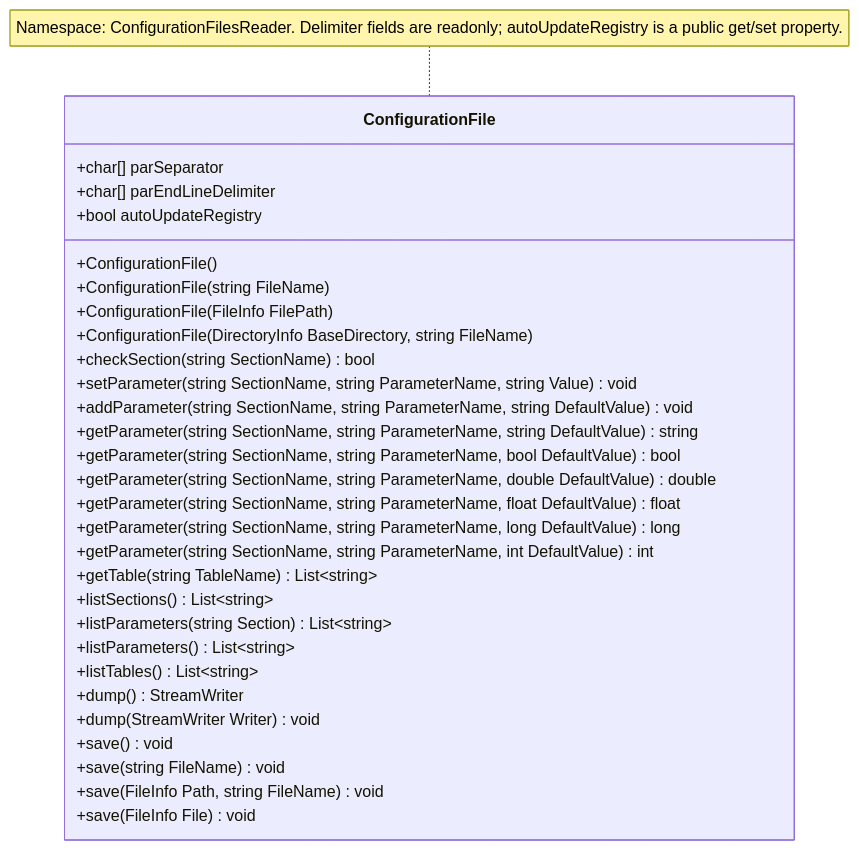
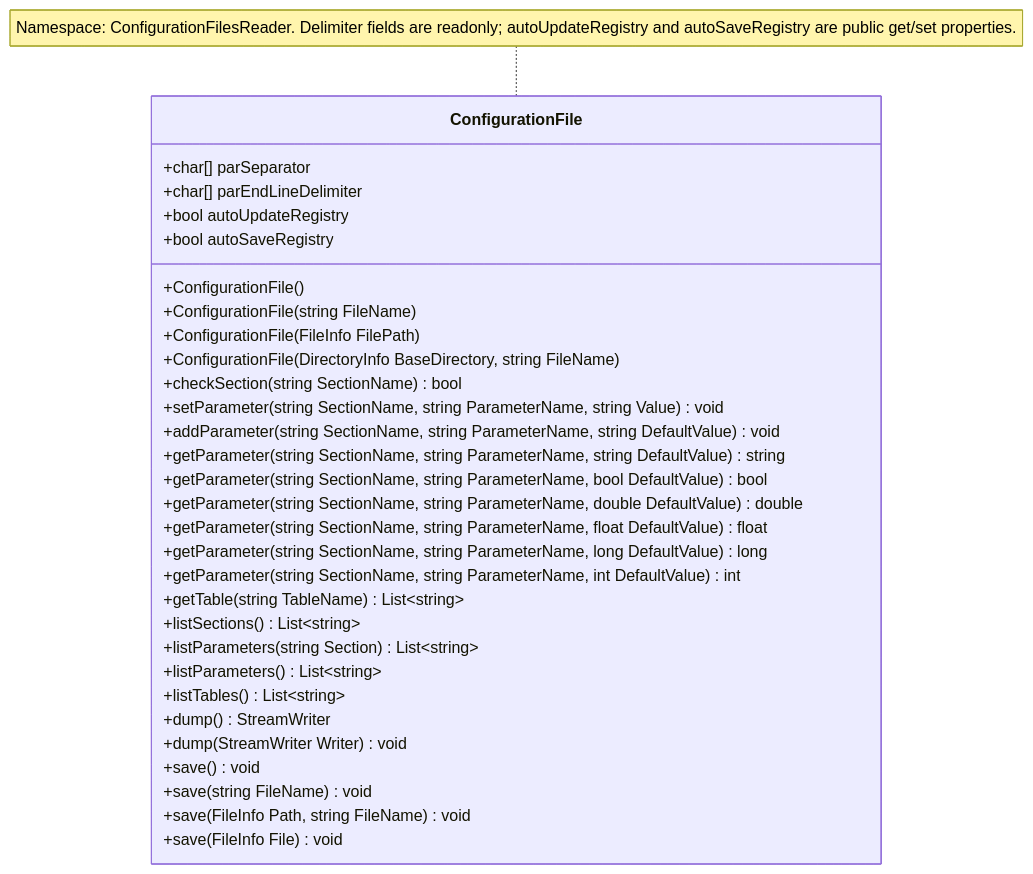
One commit to delloiaconos/IniLike changed the diagram in README.md. Above: the diagram before and after it, drawn with Mermaid. The commit also changed other lines of this file and 2 other files, not shown here.

Commit message:
Added autoSaveRegistry as a public get/set property, defaulting to false

````diff
--- a/README.md
+++ b/README.md
@@ -77,33 +77,34 @@
 ```mermaid
 classDiagram
     class ConfigurationFile {
         +char[] parSeparator
         +char[] parEndLineDelimiter
         +bool autoUpdateRegistry
+        +bool autoSaveRegistry
         +ConfigurationFile()
         +ConfigurationFile(string FileName)
         +ConfigurationFile(FileInfo FilePath)
         +ConfigurationFile(DirectoryInfo BaseDirectory, string FileName)
         +checkSection(string SectionName) bool
         +setParameter(string SectionName, string ParameterName, string Value) void
         +addParameter(string SectionName, string ParameterName, string DefaultValue) void
         +getParameter(string SectionName, string ParameterName, string DefaultValue) string
         +getParameter(string SectionName, string ParameterName, bool DefaultValue) bool
         +getParameter(string SectionName, string ParameterName, double DefaultValue) double
         +getParameter(string SectionName, string ParameterName, float DefaultValue) float
         +getParameter(string SectionName, string ParameterName, long DefaultValue) long
         +getParameter(string SectionName, string ParameterName, int DefaultValue) int
         +getTable(string TableName) List~string~
         +listSections() List~string~
         +listParameters(string Section) List~string~
         +listParameters() List~string~
         +listTables() List~string~
         +dump() StreamWriter
         +dump(StreamWriter Writer) void
         +save() void
         +save(string FileName) void
         +save(FileInfo Path, string FileName) void
         +save(FileInfo File) void
     }
-    note for ConfigurationFile "Namespace: ConfigurationFilesReader. Delimiter fields are readonly; autoUpdateRegistry is a public get/set property."
+    note for ConfigurationFile "Namespace: ConfigurationFilesReader. Delimiter fields are readonly; autoUpdateRegistry and autoSaveRegistry are public get/set properties."
 ```
````
